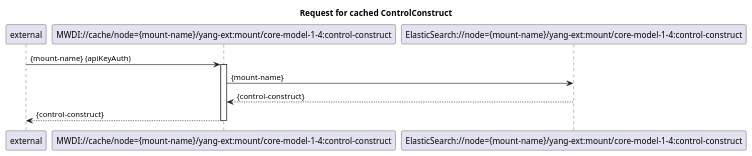
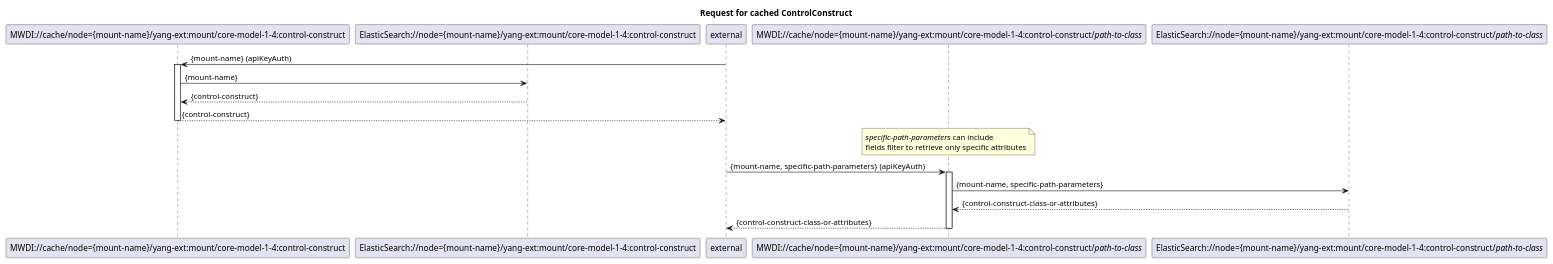
The diagram in spec/diagrams/200_CacheControlConstruct.plantuml (openBackhaul/MicroWaveDeviceInventory), drawn with PlantUML before and after one commit. The commit also changed 3 other files, not shown here.

Commit message:
update diagrams

```diff
--- a/spec/diagrams/200_CacheControlConstruct.plantuml
+++ b/spec/diagrams/200_CacheControlConstruct.plantuml
@@ -1,20 +1,35 @@
 @startuml 200_CacheControlConstruct
 
 title  Request for cached ControlConstruct
 
 participant "external" as requestor
 participant "MWDI://cache/node={mount-name}/yang-ext:mount/core-model-1-4:control-construct" as CacheControlConstruct
 participant "ElasticSearch://node={mount-name}/yang-ext:mount/core-model-1-4:control-construct" as EsControlConstruct
 
 requestor -> CacheControlConstruct: {mount-name} (apiKeyAuth)
 activate CacheControlConstruct
 
 
 CacheControlConstruct -> EsControlConstruct: {mount-name}
 EsControlConstruct --> CacheControlConstruct: {control-construct}
 
 CacheControlConstruct --> requestor: {control-construct}
 deactivate CacheControlConstruct
 
 
+participant "external" as requestor
+participant "MWDI://cache/node={mount-name}/yang-ext:mount/core-model-1-4:control-construct/<i>path-to-class</i>" as CacheControlConstructClass
+participant "ElasticSearch://node={mount-name}/yang-ext:mount/core-model-1-4:control-construct/<i>path-to-class</i>" as EsControlConstructClass
+
+note over CacheControlConstructClass: <i>specific-path-parameters</i> can include \nfields filter to retrieve only specific attributes
+requestor -> CacheControlConstructClass: {mount-name, specific-path-parameters} (apiKeyAuth)
+activate CacheControlConstructClass
+
+CacheControlConstructClass -> EsControlConstructClass: {mount-name, specific-path-parameters}
+EsControlConstructClass --> CacheControlConstructClass: {control-construct-class-or-attributes}
+
+CacheControlConstructClass --> requestor: {control-construct-class-or-attributes}
+deactivate CacheControlConstructClass
+
+
 @enduml
```
